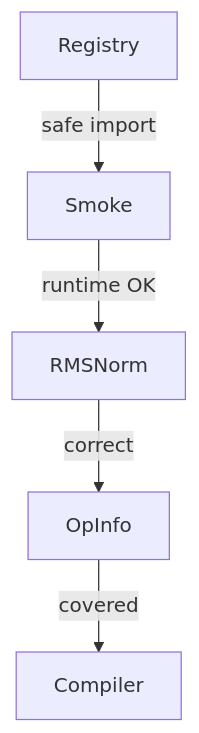
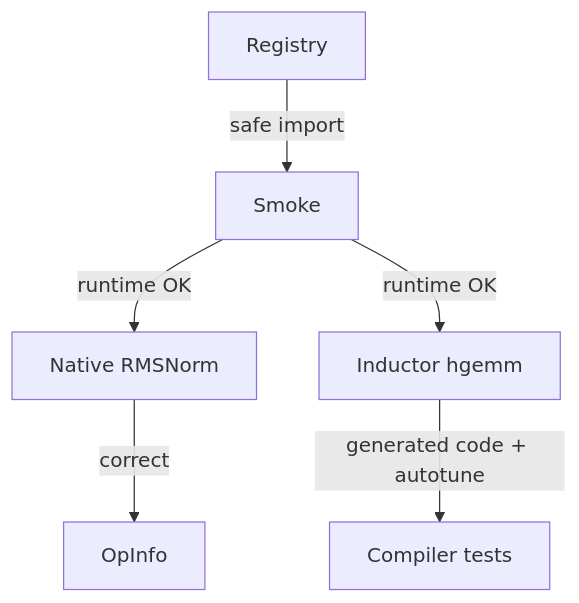
Before and after one commit to XiaobingSuper/FlyDSL: the fifth of 5 diagrams in docs/pytorch_integration_rfc.md, drawn with Mermaid. The commit also changed other lines of this file, not shown here.

First line of the commit message:
Update FlyDSL PyTorch integration RFC for hgemm

````diff
--- a/docs/pytorch_integration_rfc.md
+++ b/docs/pytorch_integration_rfc.md
@@ -574,7 +491,8 @@
 ```mermaid
 flowchart TB
     A["Registry"] -->|safe import| B["Smoke"]
-    B -->|runtime OK| C["RMSNorm"]
+    B -->|runtime OK| C["Native RMSNorm"]
     C -->|correct| D["OpInfo"]
-    D -->|covered| E["Compiler"]
+    B -->|runtime OK| E["Inductor hgemm"]
+    E -->|generated code + autotune| F["Compiler tests"]
 ```
````
